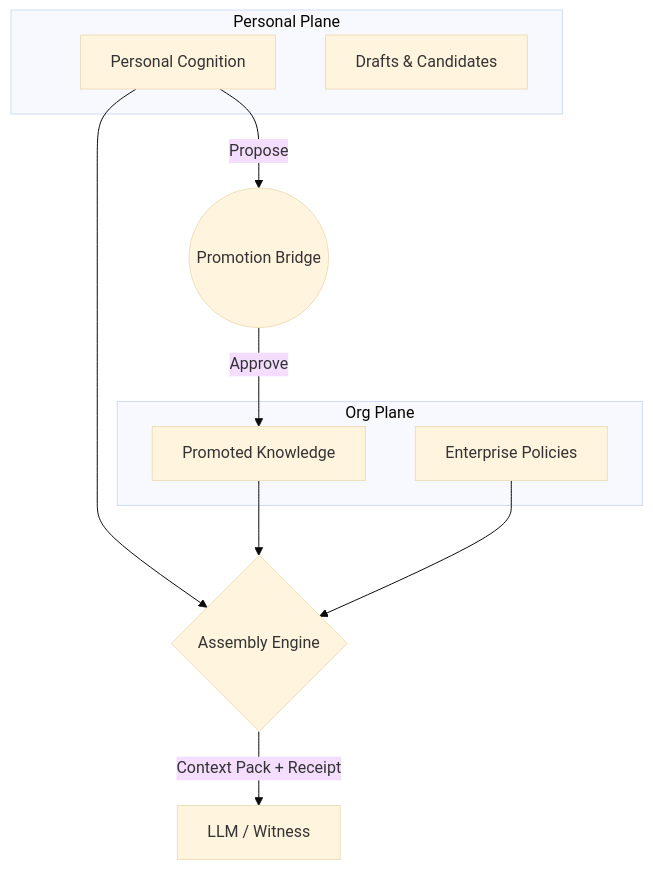
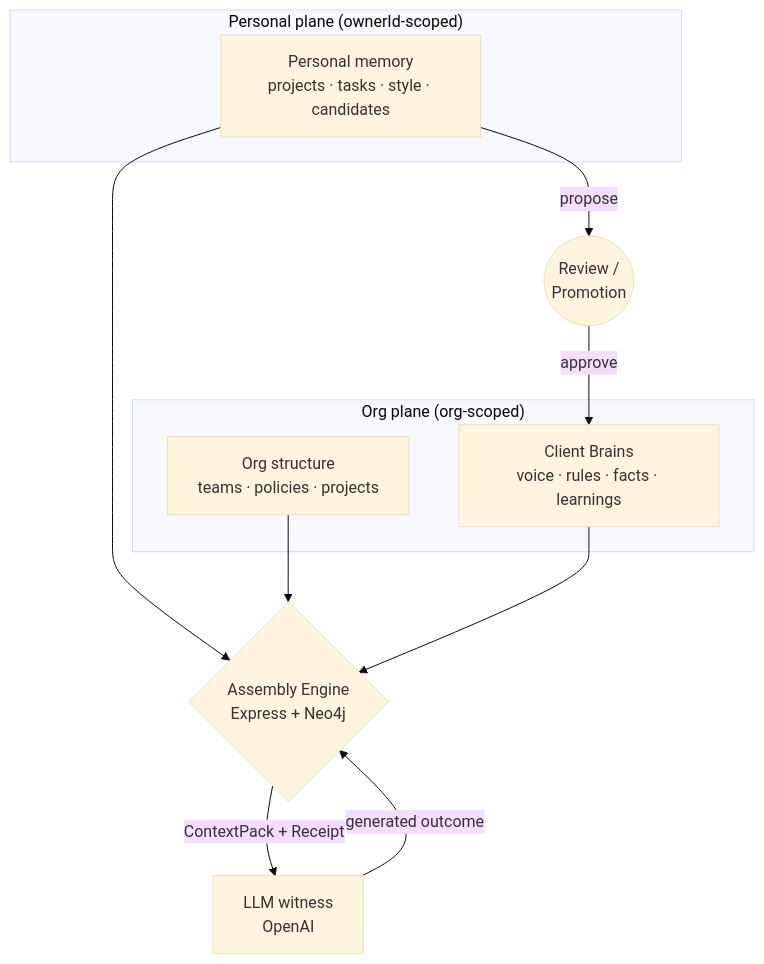
Before and after one commit to sidhurt/VEL_ENT_BRAIN: the diagram in docs/ARCHITECTURE.md, drawn with Mermaid (base theme). The commit also changed other lines of this file and 10 other files, not shown here.

````diff
--- a/docs/ARCHITECTURE.md
+++ b/docs/ARCHITECTURE.md
@@ -9,23 +16,23 @@
 ```mermaid
 flowchart TD
-    subgraph Personal Plane
-    A[Personal Cognition]
-    B[Drafts & Candidates]
+    subgraph PP["Personal plane (ownerId-scoped)"]
+        A[Personal memory<br/>projects · tasks · style · candidates]
     end
-    
-    subgraph Org Plane
-    D[Promoted Knowledge]
-    E[Enterprise Policies]
+
+    subgraph OP["Org plane (org-scoped)"]
+        B[Org structure<br/>teams · policies · projects]
+        C[Client Brains<br/>voice · rules · facts · learnings]
     end
-    
-    C((Promotion Bridge))
-    A -->|Propose| C
-    C -->|Approve| D
-    
-    F{Assembly Engine}
-    A --> F
-    D --> F
-    E --> F
-    
-    F -->|Context Pack + Receipt| G[LLM / Witness]
+
+    R((Review /<br/>Promotion))
+    A -- propose --> R
+    R -- approve --> C
+
+    E{Assembly Engine<br/>Express + Neo4j}
+    A --> E
+    B --> E
+    C --> E
+
+    E -- "ContextPack + Receipt" --> W[LLM witness<br/>OpenAI]
+    W -- generated outcome --> E
 ```
````
